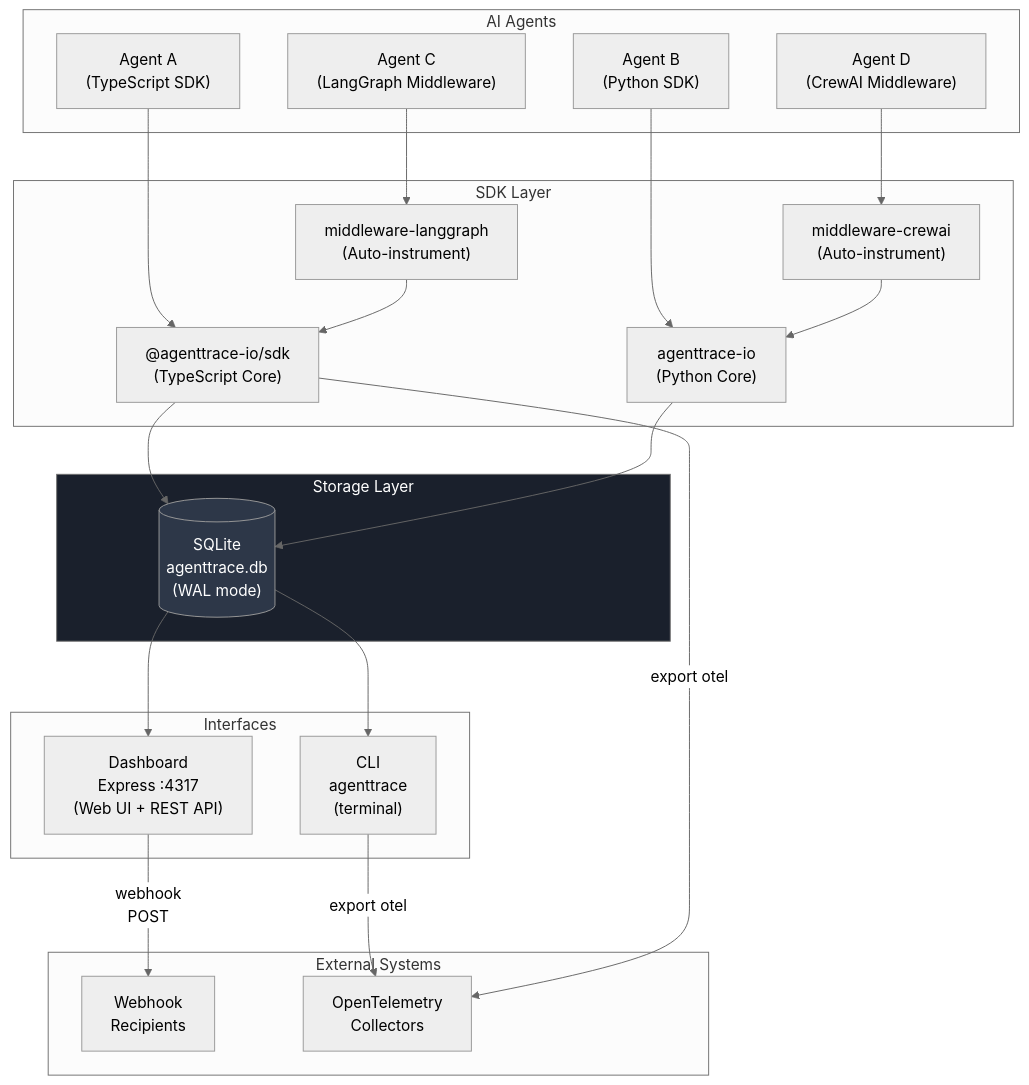
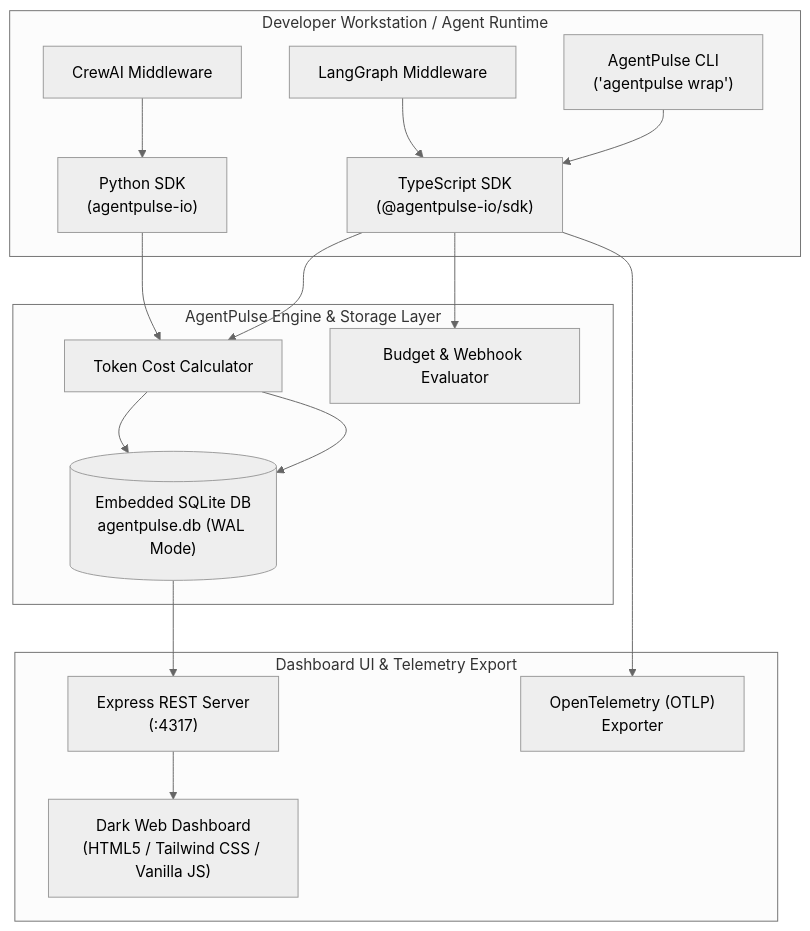
The first of 2 diagrams in docs/ARCHITECTURE.md (nachiket0987/agentpulse), drawn with Mermaid (neutral theme) before and after one commit. The commit also changed other lines of this file, not shown here.

Commit message:
docs: standardize PRD, SRS, Architecture, UI/UX, and Development Plan for AgentPulse

````diff
--- a/docs/ARCHITECTURE.md
+++ b/docs/ARCHITECTURE.md
@@ -41,48 +14,33 @@
 ```mermaid
 graph TB
-    subgraph Agents["AI Agents"]
-        A1["Agent A<br/>(TypeScript SDK)"]
-        A2["Agent B<br/>(Python SDK)"]
-        A3["Agent C<br/>(LangGraph Middleware)"]
-        A4["Agent D<br/>(CrewAI Middleware)"]
+    subgraph ClientLayer["Developer Workstation / Agent Runtime"]
+        CLI["AgentPulse CLI<br/>('agentpulse wrap')"]
+        SDK_TS["TypeScript SDK<br/>(@agentpulse-io/sdk)"]
+        SDK_PY["Python SDK<br/>(agentpulse-io)"]
+        MW_LG["LangGraph Middleware"]
+        MW_CR["CrewAI Middleware"]
     end
 
-    subgraph SDK["SDK Layer"]
-        TS["@agenttrace-io/sdk<br/>(TypeScript Core)"]
-        PY["agenttrace-io<br/>(Python Core)"]
-        LG["middleware-langgraph<br/>(Auto-instrument)"]
-        CR["middleware-crewai<br/>(Auto-instrument)"]
+    subgraph CoreEngine["AgentPulse Engine & Storage Layer"]
+        DB[("Embedded SQLite DB<br/>agentpulse.db (WAL Mode)")]
+        COST["Token Cost Calculator"]
+        ALERT["Budget & Webhook Evaluator"]
     end
 
-    subgraph Storage["Storage Layer"]
-        DB[("SQLite<br/>agenttrace.db<br/>(WAL mode)")]
+    subgraph PresentationLayer["Dashboard UI & Telemetry Export"]
+        API["Express REST Server<br/>(:4317)"]
+        DASH["Dark Web Dashboard<br/>(HTML5 / Tailwind CSS / Vanilla JS)"]
+        OTEL["OpenTelemetry (OTLP)<br/>Exporter"]
     end
 
-    subgraph Interfaces["Interfaces"]
-        CLI["CLI<br/>agenttrace<br/>(terminal)"]
-        DASH["Dashboard<br/>Express :4317<br/>(Web UI + REST API)"]
-    end
+    CLI --> SDK_TS
+    MW_LG --> SDK_TS
+    MW_CR --> SDK_PY
 
-    subgraph External["External Systems"]
-        WH["Webhook<br/>Recipients"]
-        OTEL["OpenTelemetry<br/>Collectors"]
-    end
+    SDK_TS --> COST --> DB
+    SDK_PY --> COST --> DB
 
-    A1 --> TS
-    A2 --> PY
-    A3 --> LG --> TS
-    A4 --> CR --> PY
-
-    TS --> DB
-    PY --> DB
-
-    DB --> CLI
-    DB --> DASH
-
-    DASH -->|"webhook<br/>POST"| WH
-    CLI -->|"export otel"| OTEL
-    TS -->|"export otel"| OTEL
-
-    style DB fill:#2d3748,color:#fff
-    style Storage fill:#1a202c,color:#fff
+    DB --> API --> DASH
+    SDK_TS --> ALERT
+    SDK_TS --> OTEL
 ```
````
